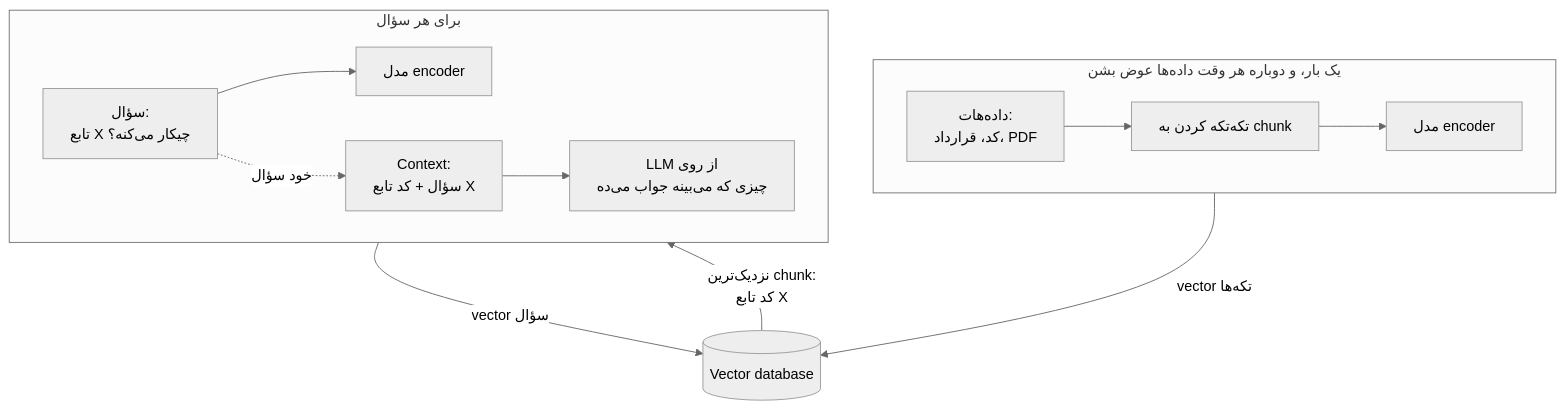
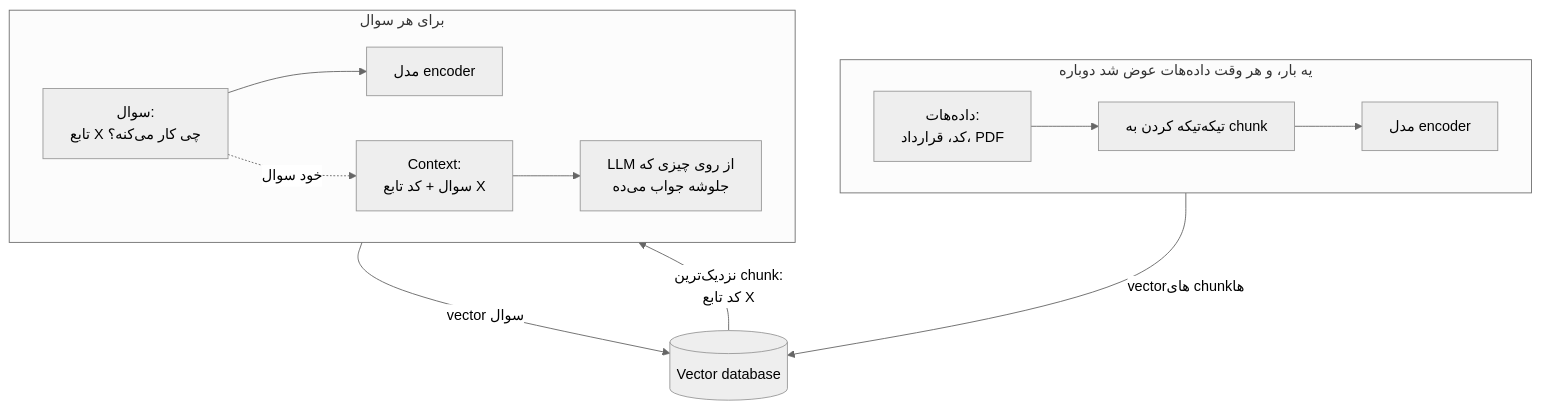
The first of 5 diagrams in mini-courses/1_fundamentals/rag_fa.md (lokumai/ai-engineering-bazaar), drawn with Mermaid (neutral theme) before and after one commit. The commit also changed other lines of this file and 82 other files, not shown here.

````diff
--- a/mini-courses/1_fundamentals/rag_fa.md
+++ b/mini-courses/1_fundamentals/rag_fa.md
@@ -31,17 +35,17 @@
 ```mermaid
 flowchart TB
-    subgraph once["یک بار، و دوباره هر وقت داده‌ها عوض بشن"]
+    subgraph once["یه بار، و هر وقت داده‌هات عوض شد دوباره"]
         direction LR
-        D["داده‌هات:<br/>کد، قرارداد، PDF"] --> S["تکه‌تکه کردن به chunk"] --> E1["مدل encoder"]
+        D["داده‌هات:<br/>کد، قرارداد، PDF"] --> S["تیکه‌تیکه کردن به chunk"] --> E1["مدل encoder"]
     end
     V[("Vector database")]
-    subgraph every["برای هر سؤال"]
+    subgraph every["برای هر سوال"]
         direction LR
-        Q["سؤال:<br/>تابع X چیکار می‌کنه؟"] --> E2["مدل encoder"]
-        C["Context:<br/>سؤال + کد تابع X"] --> L["LLM از روی<br/>چیزی که می‌بینه جواب می‌ده"]
+        Q["سوال:<br/>تابع X چی کار می‌کنه؟"] --> E2["مدل encoder"]
+        C["Context:<br/>سوال + کد تابع X"] --> L["LLM از روی چیزی که<br/>جلوشه جواب می‌ده"]
     end
-    E1 -->|"vector تکه‌ها"| V
-    E2 -->|"vector سؤال"| V
+    E1 -->|"vector‌های chunk‌ها"| V
+    E2 -->|"vector سوال"| V
     V -->|"نزدیک‌ترین chunk:<br/>کد تابع X"| C
-    Q -.->|"خود سؤال"| C
+    Q -.->|"خود سوال"| C
 ```
````
